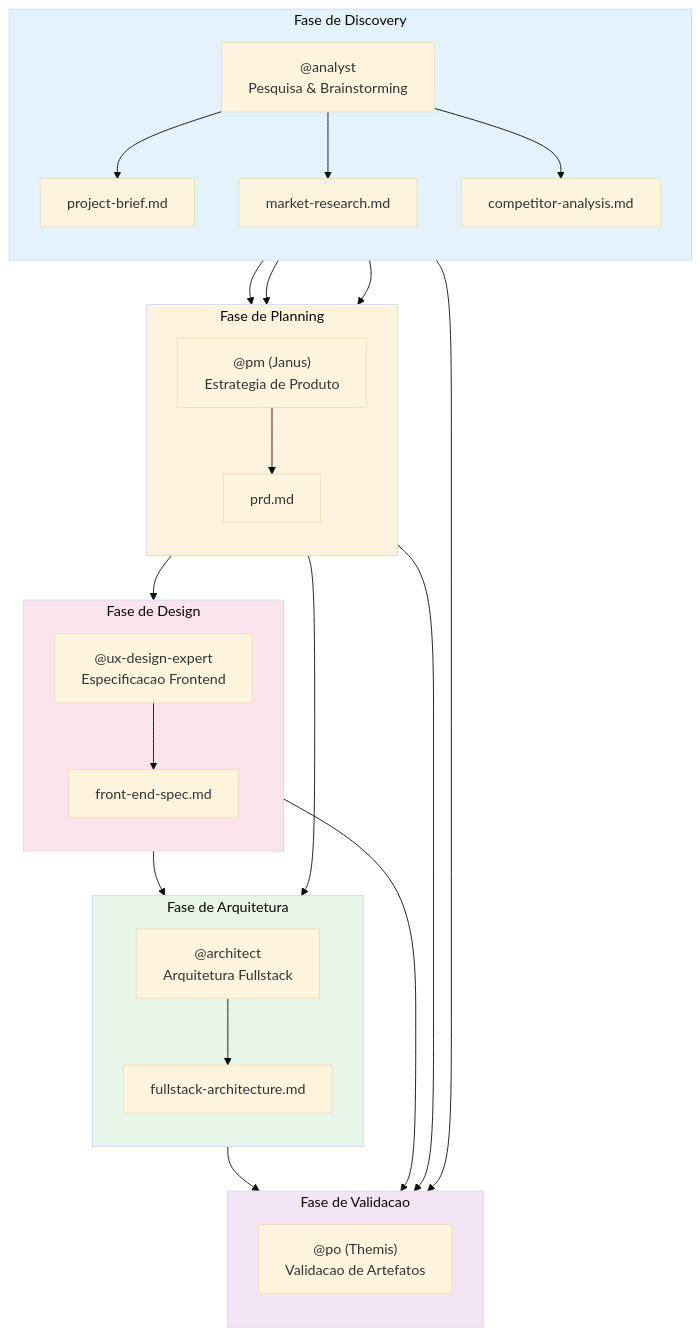
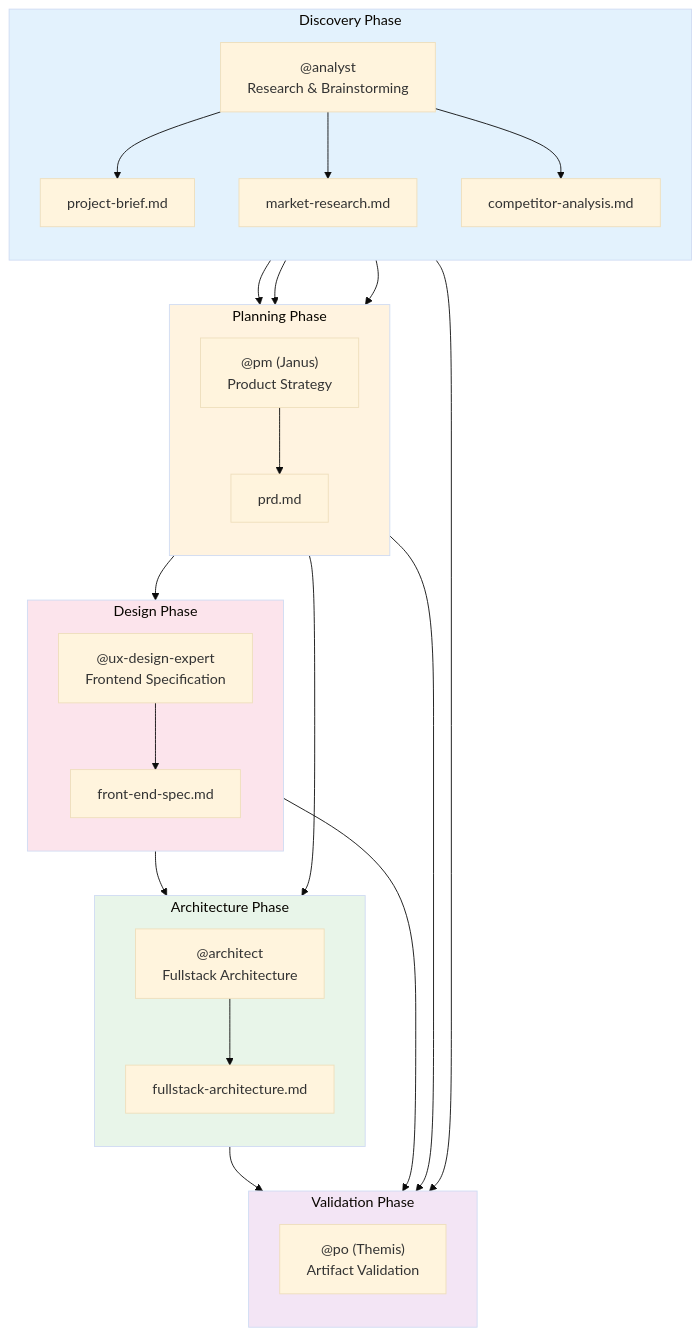
Before and after one commit to CyryxLabs/AEXOS: the fourth of 5 diagrams in docs/aexos-agent-flows/analyst-system.md, drawn with Mermaid (base theme). The commit also changed other lines of this file and 528 other files, not shown here.

````diff
--- a/docs/aexos-agent-flows/analyst-system.md
+++ b/docs/aexos-agent-flows/analyst-system.md
@@ -235,60 +235,60 @@
 ```mermaid
 flowchart TB
-    subgraph DISCOVERY["Fase de Discovery"]
+    subgraph DISCOVERY["Discovery Phase"]
         direction TB
-        ANALYST_WORK["@analyst<br/>Pesquisa & Brainstorming"]
+        ANALYST_WORK["@analyst<br/>Research & Brainstorming"]
         PROJECT_BRIEF["project-brief.md"]
         MARKET_RESEARCH["market-research.md"]
         COMPETITOR_ANALYSIS["competitor-analysis.md"]
 
         ANALYST_WORK --> PROJECT_BRIEF
         ANALYST_WORK --> MARKET_RESEARCH
         ANALYST_WORK --> COMPETITOR_ANALYSIS
     end
 
-    subgraph PLANNING["Fase de Planning"]
+    subgraph PLANNING["Planning Phase"]
         direction TB
-        PM_WORK["@pm (Janus)<br/>Estrategia de Produto"]
+        PM_WORK["@pm (Janus)<br/>Product Strategy"]
         PRD["prd.md"]
 
         PROJECT_BRIEF --> PM_WORK
         MARKET_RESEARCH --> PM_WORK
         COMPETITOR_ANALYSIS --> PM_WORK
         PM_WORK --> PRD
     end
 
-    subgraph DESIGN["Fase de Design"]
+    subgraph DESIGN["Design Phase"]
         direction TB
-        UX_WORK["@ux-design-expert<br/>Especificacao Frontend"]
+        UX_WORK["@ux-design-expert<br/>Frontend Specification"]
         FRONTEND_SPEC["front-end-spec.md"]
 
         PRD --> UX_WORK
         UX_WORK --> FRONTEND_SPEC
     end
 
-    subgraph ARCHITECTURE["Fase de Arquitetura"]
+    subgraph ARCHITECTURE["Architecture Phase"]
         direction TB
-        ARCH_WORK["@architect<br/>Arquitetura Fullstack"]
+        ARCH_WORK["@architect<br/>Fullstack Architecture"]
         ARCH_DOC["fullstack-architecture.md"]
 
         PRD --> ARCH_WORK
         FRONTEND_SPEC --> ARCH_WORK
         ARCH_WORK --> ARCH_DOC
     end
 
-    subgraph VALIDATION["Fase de Validacao"]
+    subgraph VALIDATION["Validation Phase"]
         direction TB
-        PO_WORK["@po (Themis)<br/>Validacao de Artefatos"]
+        PO_WORK["@po (Themis)<br/>Artifact Validation"]
 
         PROJECT_BRIEF --> PO_WORK
         PRD --> PO_WORK
         FRONTEND_SPEC --> PO_WORK
         ARCH_DOC --> PO_WORK
     end
 
     style DISCOVERY fill:#e3f2fd
     style PLANNING fill:#fff3e0
     style DESIGN fill:#fce4ec
     style ARCHITECTURE fill:#e8f5e9
     style VALIDATION fill:#f3e5f5
 ```
````
